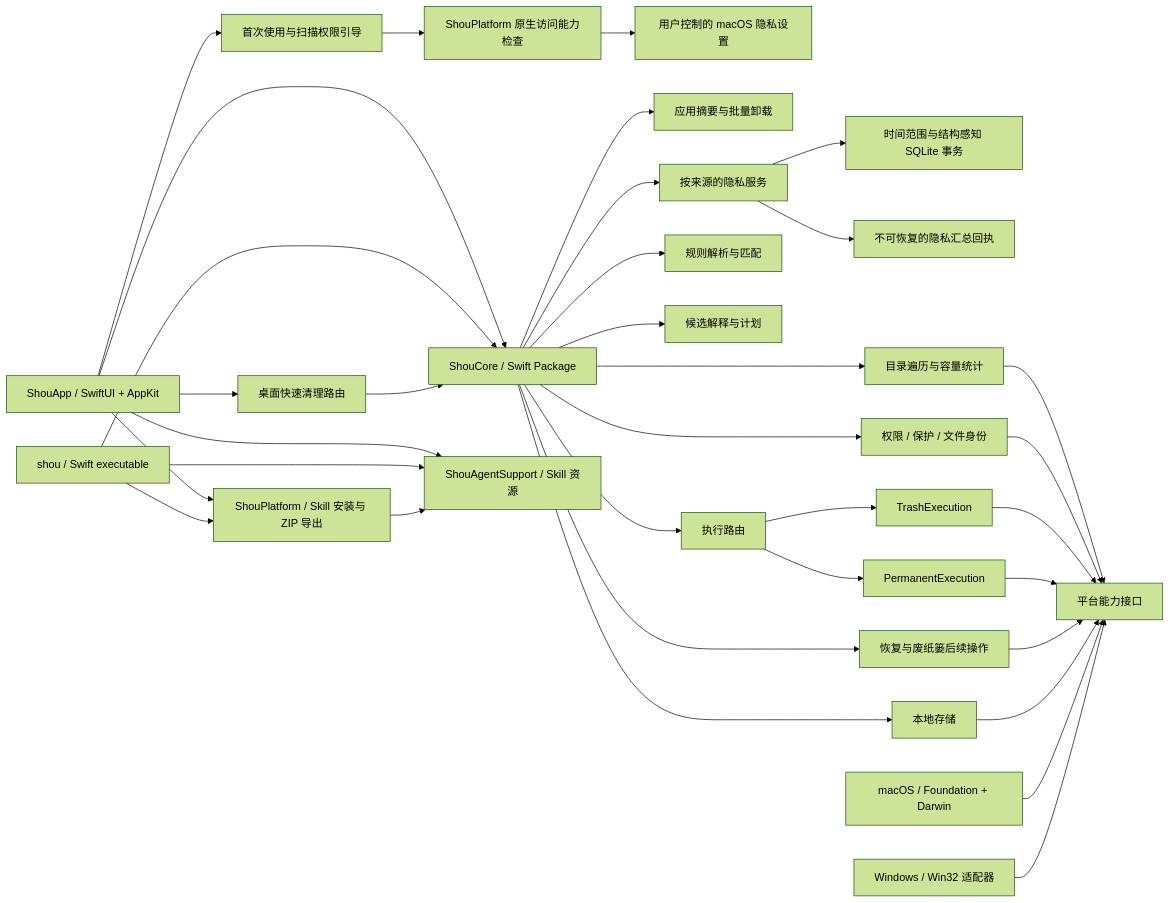
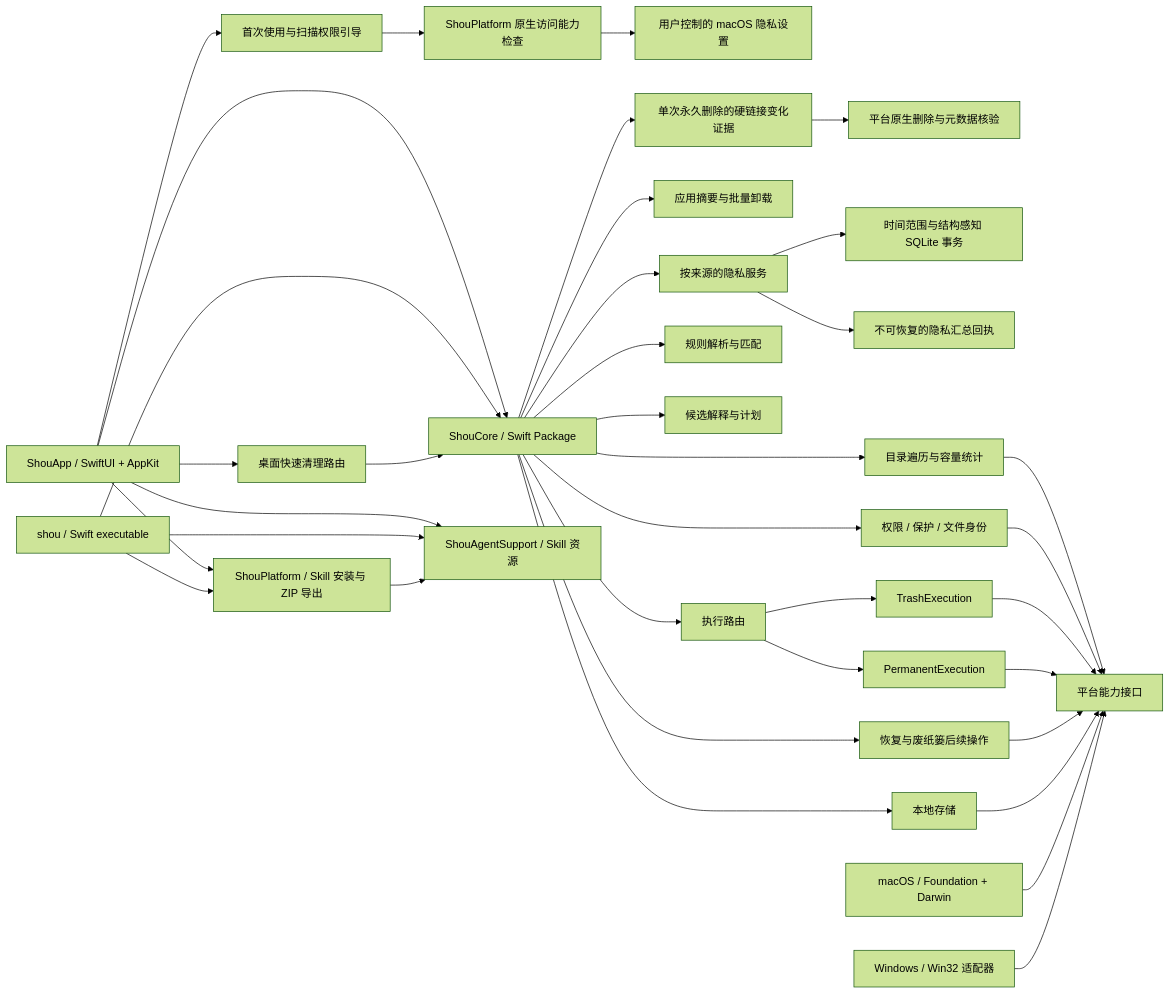
Before and after one commit to limecloud/shou: the second of 8 diagrams in docs/zh-CN/architecture/system-design.md, drawn with Mermaid (forest theme). The commit also changed other lines of this file and 103 other files, not shown here.

````diff
--- a/docs/zh-CN/architecture/system-design.md
+++ b/docs/zh-CN/architecture/system-design.md
@@ -49,36 +49,38 @@
 ```mermaid
 flowchart LR
     Setup[首次使用与扫描权限引导] --> Access[ShouPlatform 原生访问能力检查]
     Access --> Privacy[用户控制的 macOS 隐私设置]
     App[ShouApp / SwiftUI + AppKit] --> Core[ShouCore / Swift Package]
+    Core --> RemovalContext[单次永久删除的硬链接变化证据]
+    RemovalContext --> NativeRemoval[平台原生删除与元数据核验]
     App --> Setup
     App --> AgentSupport[ShouAgentSupport / Skill 资源]
     CLI --> AgentSupport
     App --> SkillInstall[ShouPlatform / Skill 安装与 ZIP 导出]
     CLI --> SkillInstall
     SkillInstall --> AgentSupport
     CLI[shou / Swift executable] --> Core
     App --> Quick[桌面快速清理路由]
     Quick --> Core
     Core --> Uninstall[应用摘要与批量卸载]
     Core --> PrivacyService[按来源的隐私服务]
     PrivacyService --> SQLite[时间范围与结构感知 SQLite 事务]
     PrivacyService --> PrivacyReceipts[不可恢复的隐私汇总回执]
     Core --> Rules[规则解析与匹配]
     Core --> Scanner[目录遍历与容量统计]
     Core --> Planner[候选解释与计划]
     Core --> Safety[权限 / 保护 / 文件身份]
     Core --> Router[执行路由]
     Router --> TrashExec[TrashExecution]
     Router --> PurgeExec[PermanentExecution]
     Core --> FollowUp[恢复与废纸篓后续操作]
     Core --> Persistence[本地存储]
     Scanner --> Platform[平台能力接口]
     Safety --> Platform
     TrashExec --> Platform
     PurgeExec --> Platform
     FollowUp --> Platform
     Persistence --> Platform
     Mac[macOS / Foundation + Darwin] --> Platform
     Win[Windows / Win32 适配器] --> Platform
 ```
````
